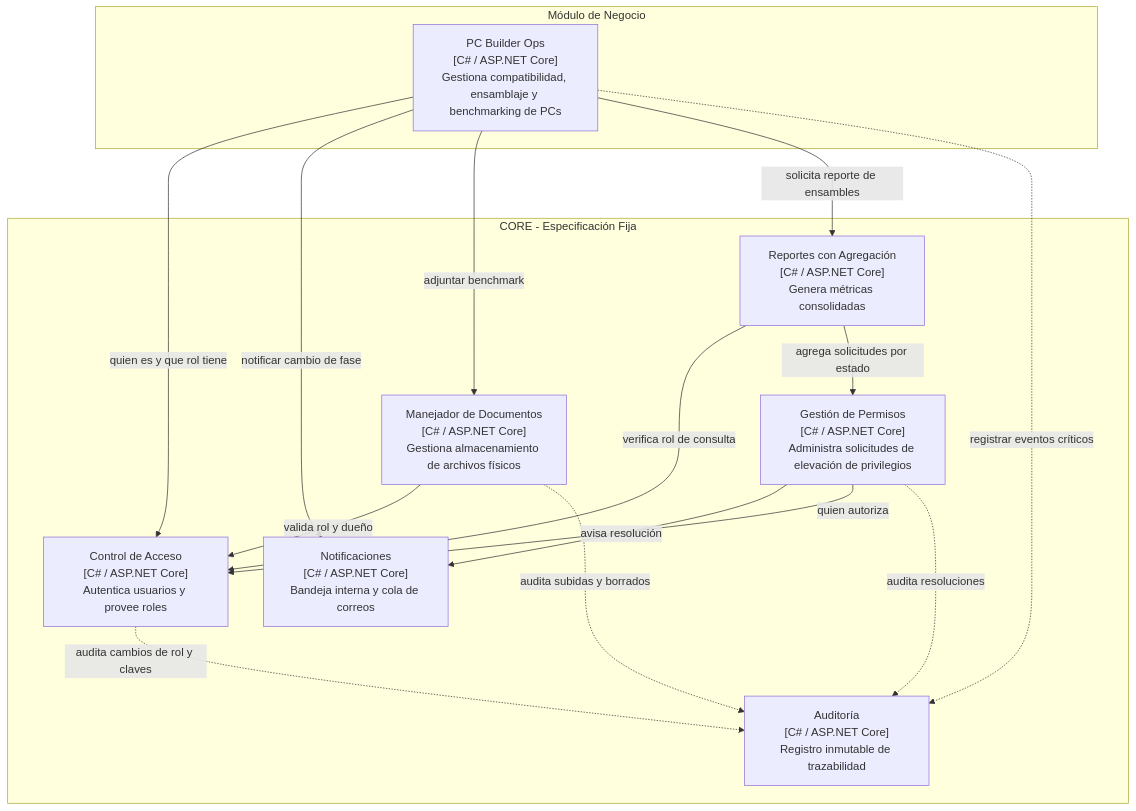
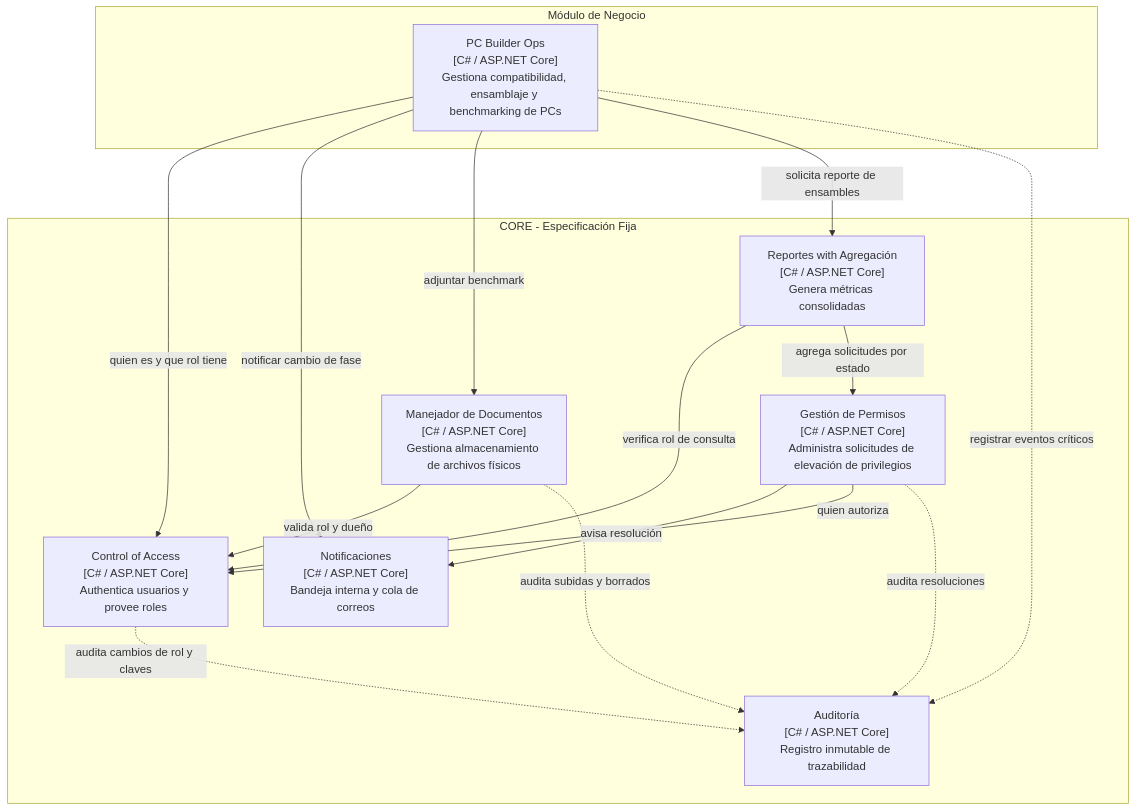
One commit to Joshua-Abreu/P3-PCBuilderOps changed the diagram in README.md. Above: the diagram before and after it, drawn with Mermaid. The commit also changed other lines of this file and 5 other files, not shown here.

````diff
--- a/README.md
+++ b/README.md
@@ -22,31 +22,31 @@
 ```mermaid
 flowchart TD
     subgraph Core["CORE - Especificación Fija"]
-        CA["Control de Acceso<br/>[C# / ASP.NET Core]<br/>Autentica usuarios y provee roles"]
+        CA["Control of Access<br/>[C# / ASP.NET Core]<br/>Authentica usuarios y provee roles"]
         GP["Gestión de Permisos<br/>[C# / ASP.NET Core]<br/>Administra solicitudes de elevación de privilegios"]
         DOC["Manejador de Documentos<br/>[C# / ASP.NET Core]<br/>Gestiona almacenamiento de archivos físicos"]
         NOTI["Notificaciones<br/>[C# / ASP.NET Core]<br/>Bandeja interna y cola de correos"]
-        REP["Reportes con Agregación<br/>[C# / ASP.NET Core]<br/>Genera métricas consolidadas"]
+        REP["Reportes with Agregación<br/>[C# / ASP.NET Core]<br/>Genera métricas consolidadas"]
         AUD["Auditoría<br/>[C# / ASP.NET Core]<br/>Registro inmutable de trazabilidad"]
     end
 
     subgraph Negocio["Módulo de Negocio"]
         MOD["PC Builder Ops<br/>[C# / ASP.NET Core]<br/>Gestiona compatibilidad, ensamblaje y benchmarking de PCs"]
     end
 
     GP -->|"avisa resolución"| NOTI
     GP -->|"quien autoriza"| CA
     DOC -->|"valida rol y dueño"| CA
     REP -->|"verifica rol de consulta"| CA
     REP -->|"agrega solicitudes por estado"| GP
 
     CA -.->|"audita cambios de rol y claves"| AUD
     GP -.->|"audita resoluciones"| AUD
     DOC -.->|"audita subidas y borrados"| AUD
 
     MOD -->|"quien es y que rol tiene"| CA
     MOD -->|"notificar cambio de fase"| NOTI
     MOD -->|"adjuntar benchmark"| DOC
     MOD -->|"solicita reporte de ensambles"| REP
     MOD -.->|"registrar eventos críticos"| AUD
 ```
````
